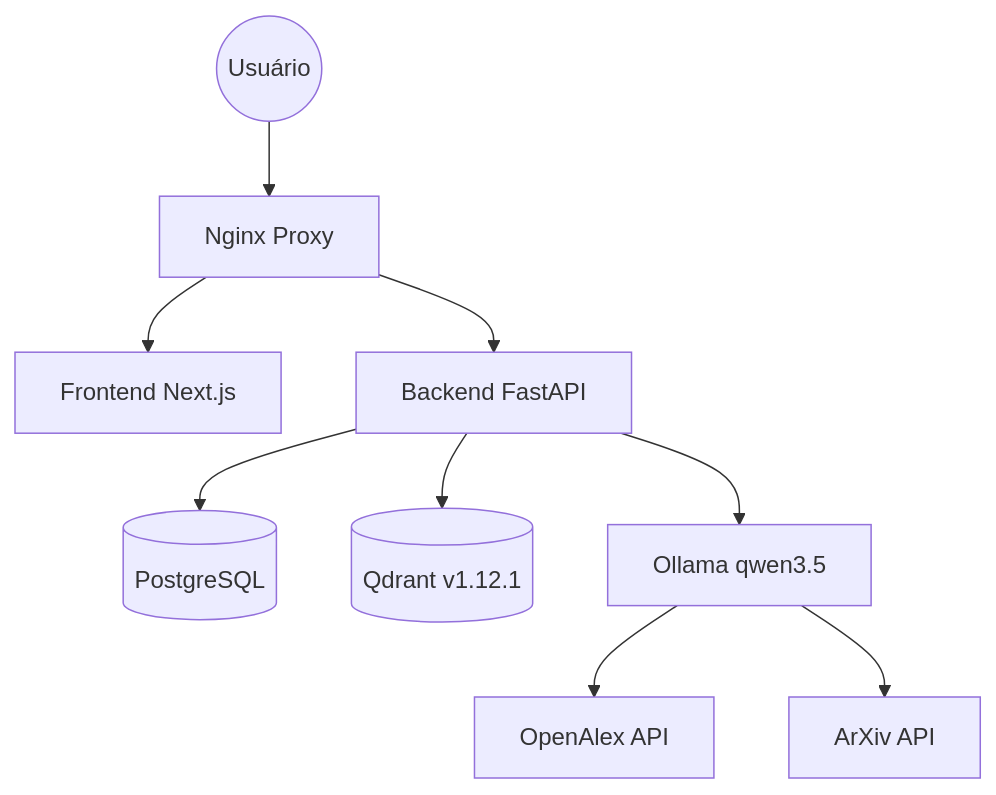
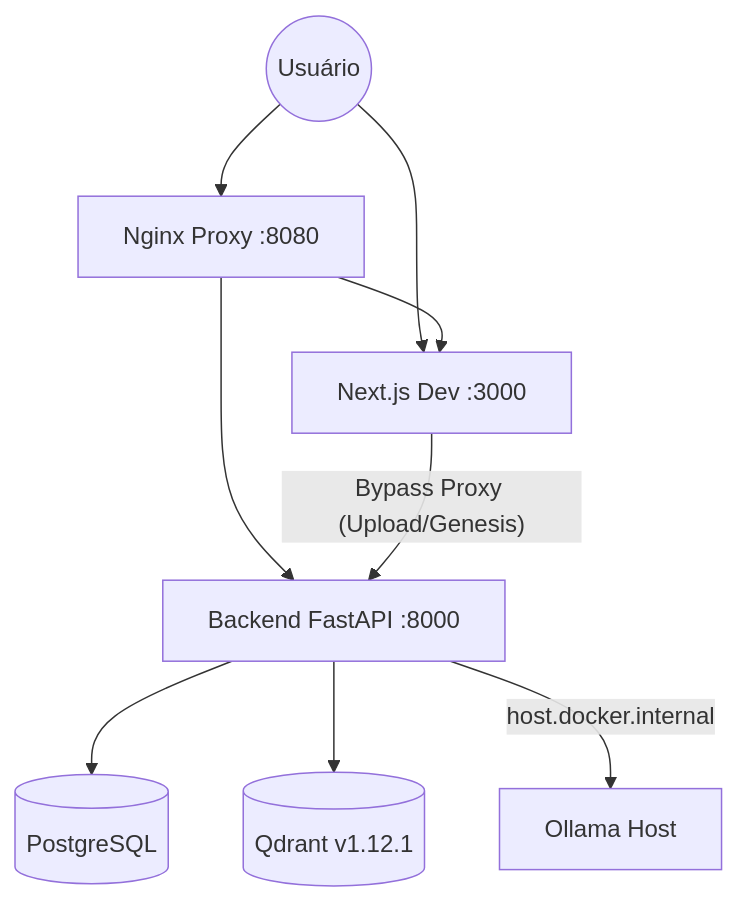
One commit to floodnet666/orientador-ia changed the diagram in DOCUMENTACAO_TECNICA.md. Above: the diagram before and after it, drawn with Mermaid. The commit also changed other lines of this file and 2 other files, not shown here.

Commit message:
fix: infra optimization and upload bypass
- Removed redundant Ollama service from Docker
- Set OLLAMA_BASE_URL to host.docker.internal
- Implemented frontend bypass for large uploads (>10MB) in api.ts
- Updated technical documentation

````diff
--- a/DOCUMENTACAO_TECNICA.md
+++ b/DOCUMENTACAO_TECNICA.md
@@ -16,11 +16,11 @@
 ```mermaid
 graph TD
-    User((Usuário)) --> Proxy[Nginx Proxy]
-    Proxy --> Frontend[Frontend Next.js]
-    Proxy --> Backend[Backend FastAPI]
+    User((Usuário)) --> Proxy[Nginx Proxy :8080]
+    User --> Frontend[Next.js Dev :3000]
+    Proxy --> Frontend
+    Proxy --> Backend[Backend FastAPI :8000]
+    Frontend -- "Bypass Proxy (Upload/Genesis)" --> Backend
     Backend --> DB[(PostgreSQL)]
     Backend --> VectDB[(Qdrant v1.12.1)]
-    Backend --> LLM[Ollama qwen3.5]
-    LLM --> OpenAlex[OpenAlex API]
-    LLM --> ArXiv[ArXiv API]
+    Backend -- "host.docker.internal" --> LLM[Ollama Host]
 ```
````
